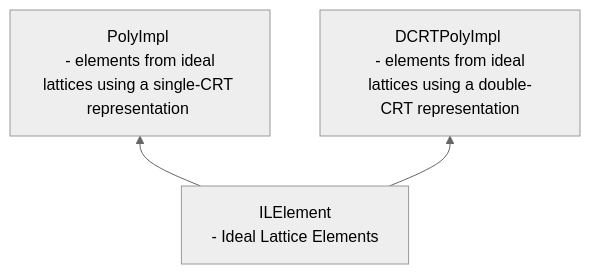
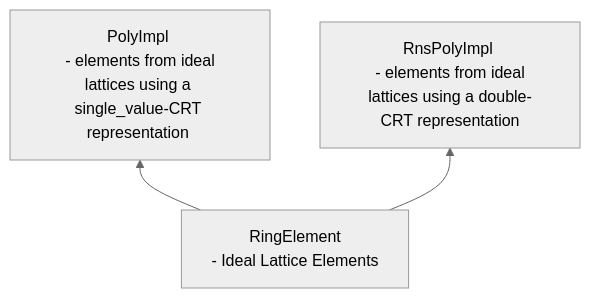
Before and after one commit to aeropittura/cipher: the second of 2 diagrams in docs/sphinx_rsts/modules/core/lattice/core_lattice.rst, drawn with Mermaid (neutral theme). The commit also changed other lines of this file and 126 other files, not shown here.

```diff
--- a/docs/sphinx_rsts/modules/core/lattice/core_lattice.rst
+++ b/docs/sphinx_rsts/modules/core/lattice/core_lattice.rst
@@ -116,5 +116,5 @@
 .. mermaid::
 
    flowchart BT
-       A[ILElement<br> - Ideal Lattice Elements </br>] --> B[PolyImpl <br> - elements from ideal lattices using a single-CRT representation </br>];
-       A[ILElement<br> - Ideal Lattice Elements </br>] --> C[DCRTPolyImpl <br> - elements from ideal lattices using a double-CRT representation</br>]
+       A[RingElement<br> - Ideal Lattice Elements </br>] --> B[PolyImpl <br> - elements from ideal lattices using a single_value-CRT representation </br>];
+       A[RingElement<br> - Ideal Lattice Elements </br>] --> C[RnsPolyImpl <br> - elements from ideal lattices using a double-CRT representation</br>]
```
